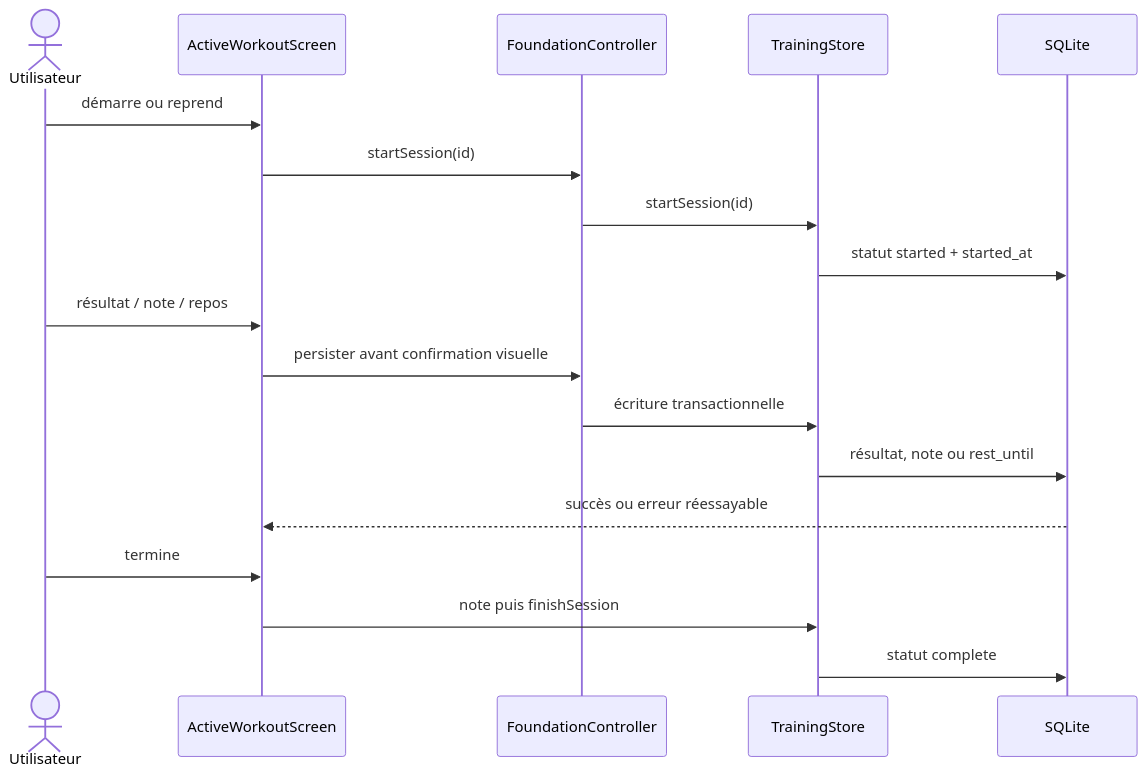
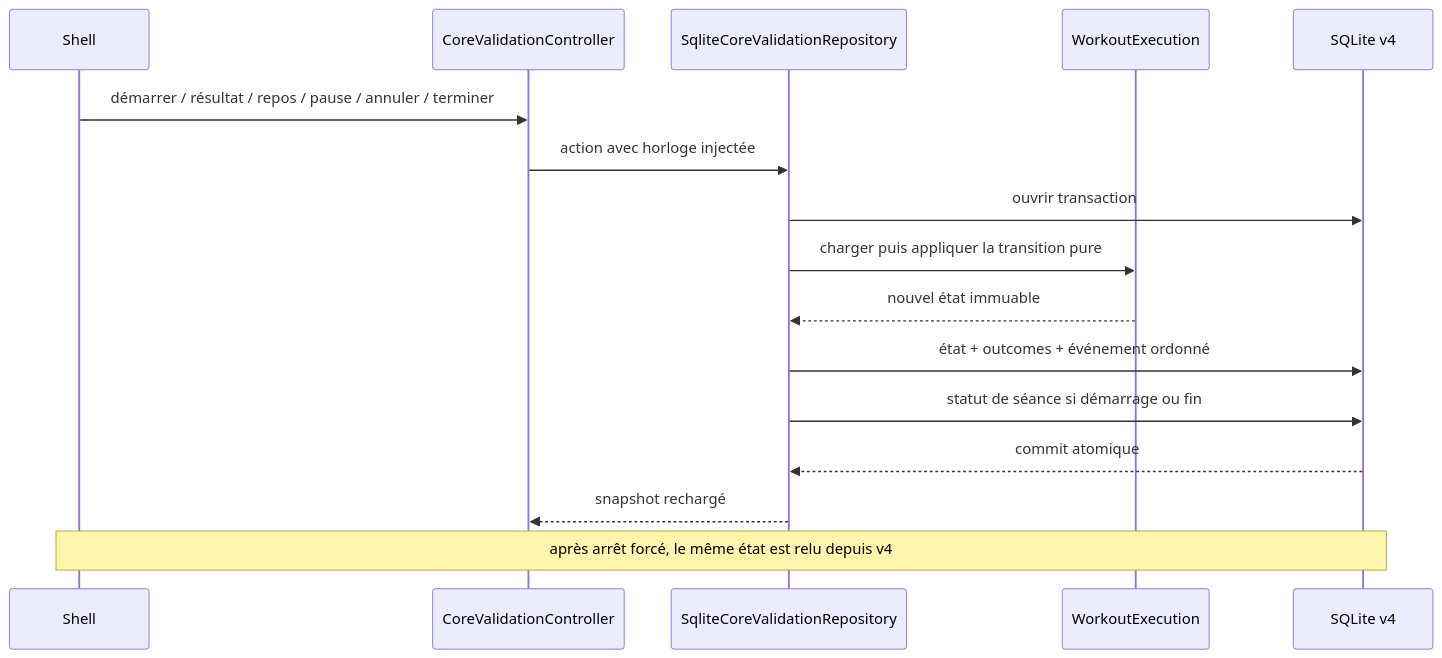
The diagram in docs/architecture/sequence-run-resume-workout.md (Totem974/HybridTraining), drawn with Mermaid before and after one commit. The commit also changed other lines of this file and 9 other files, not shown here.

Commit message:
docs: document final core architecture and validation

````diff
--- a/docs/architecture/sequence-run-resume-workout.md
+++ b/docs/architecture/sequence-run-resume-workout.md
@@ -3,20 +3,18 @@
 ```mermaid
 sequenceDiagram
-  actor U as Utilisateur
-  participant UI as ActiveWorkoutScreen
-  participant C as FoundationController
-  participant S as TrainingStore
-  participant DB as SQLite
-  U->>UI: démarre ou reprend
-  UI->>C: startSession(id)
-  C->>S: startSession(id)
-  S->>DB: statut started + started_at
-  U->>UI: résultat / note / repos
-  UI->>C: persister avant confirmation visuelle
-  C->>S: écriture transactionnelle
-  S->>DB: résultat, note ou rest_until
-  DB-->>UI: succès ou erreur réessayable
-  U->>UI: termine
-  UI->>S: note puis finishSession
-  S->>DB: statut complete
+  participant UI as Shell
+  participant C as CoreValidationController
+  participant R as SqliteCoreValidationRepository
+  participant D as WorkoutExecution
+  participant DB as SQLite v4
+  UI->>C: démarrer / résultat / repos / pause / annuler / terminer
+  C->>R: action avec horloge injectée
+  R->>DB: ouvrir transaction
+  R->>D: charger puis appliquer la transition pure
+  D-->>R: nouvel état immuable
+  R->>DB: état + outcomes + événement ordonné
+  R->>DB: statut de séance si démarrage ou fin
+  DB-->>R: commit atomique
+  R-->>C: snapshot rechargé
+  Note over UI,DB: après arrêt forcé, le même état est relu depuis v4
 ```
````
